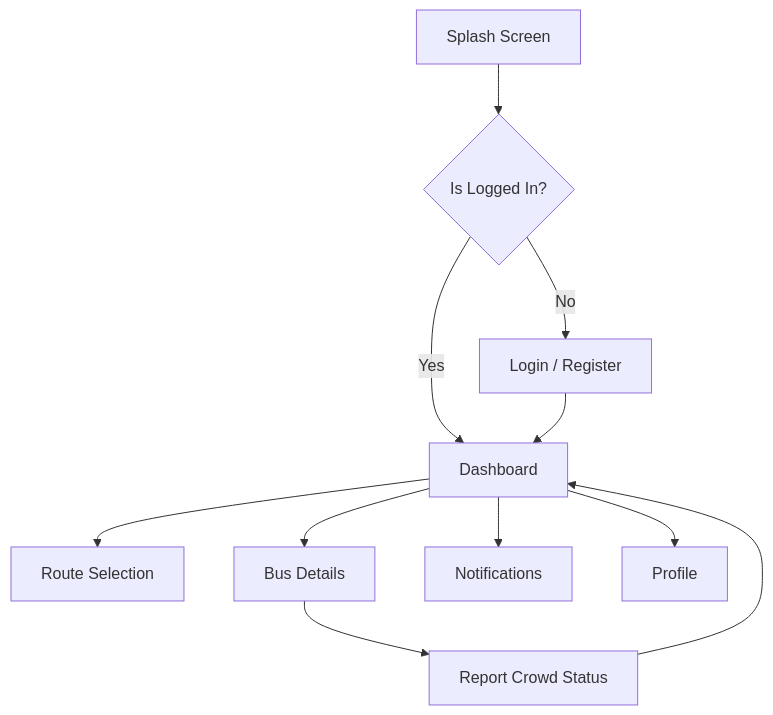
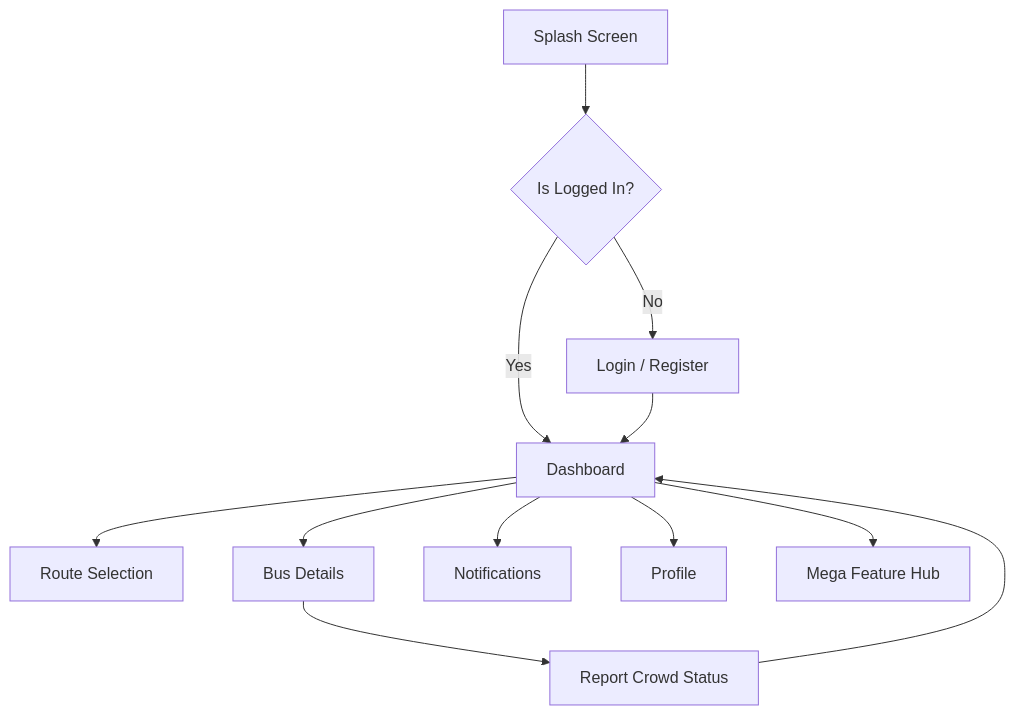
The diagram in README.md (01Sachinc/VidyarthiBus), drawn with Mermaid before and after one commit. The commit also changed other lines of this file, not shown here.

````diff
--- a/README.md
+++ b/README.md
@@ -35,13 +43,14 @@
 ```mermaid
 graph TD
     A[Splash Screen] --> B{Is Logged In?}
     B -- No --> C[Login / Register]
     B -- Yes --> D[Dashboard]
     C --> D
     D --> E[Route Selection]
     D --> F[Bus Details]
     F --> G[Report Crowd Status]
     D --> H[Notifications]
     D --> I[Profile]
+    D --> J[Mega Feature Hub]
     G --> D
 ```
````
